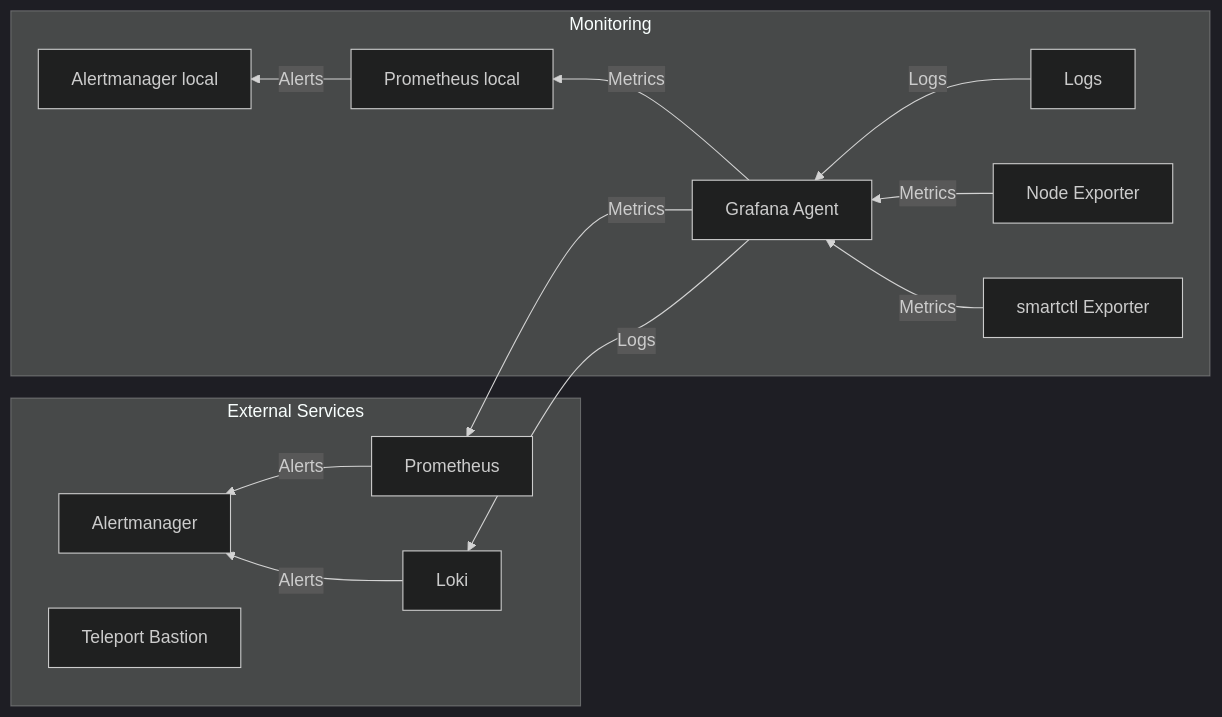
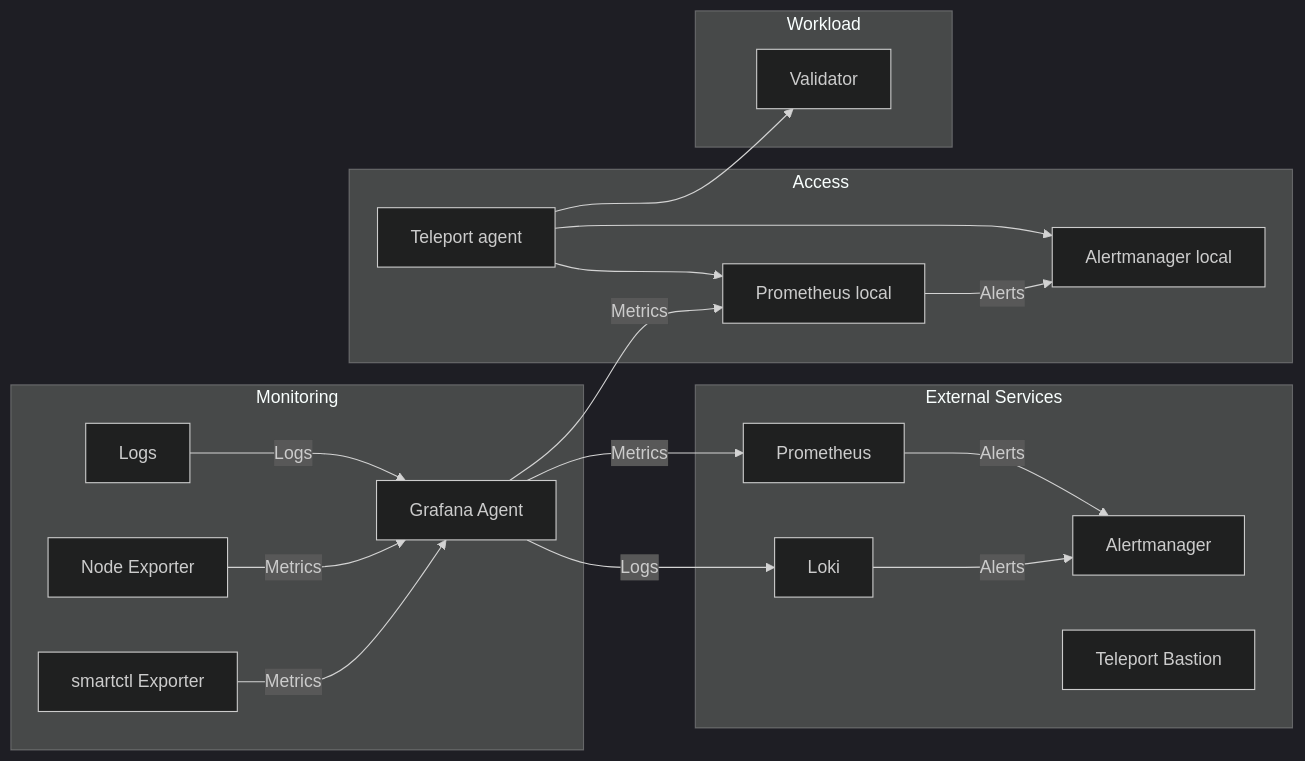
The diagram in README.md (pampatzoglou/provision-server), drawn with Mermaid (dark theme) before and after one commit.

````diff
--- a/README.md
+++ b/README.md
@@ -8,26 +8,35 @@
 ```mermaid
-graph RL
+graph LR
     subgraph External Services
         P[Prometheus]
         L[Loki]
         A[Alertmanager]
         TB[Teleport Bastion]
         P --> |Alerts| A
+    end
+    subgraph Access
+        T[Teleport agent]
+        T --> AL
+        T --> PL
     end
     subgraph Monitoring
         LG[Logs]
         N[Node Exporter]
         S[smartctl Exporter]
         G[Grafana Agent]
         PL[Prometheus local]
         AL[Alertmanager local]
         LG --> |Logs| G
         N --> |Metrics| G
         S --> |Metrics| G
         G --> |Metrics| PL
         PL --> |Alerts| AL
         G --> |Metrics| P
         G --> |Logs| L
         L --> |Alerts| A
     end
+    subgraph Workload
+        V[Validator]
+        T --> V
+    end
 ```
````
